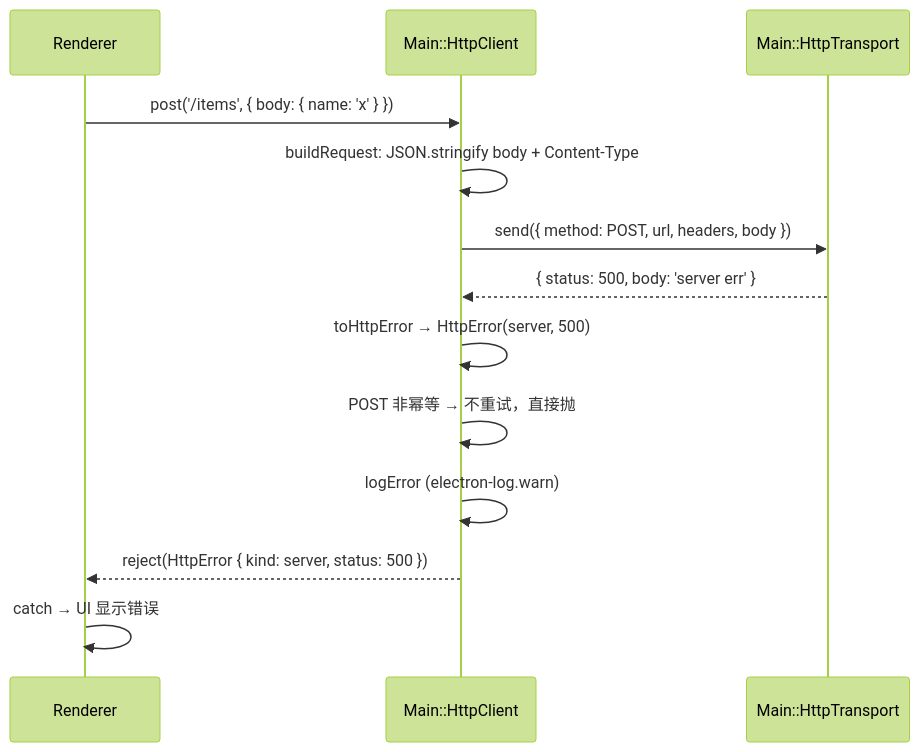
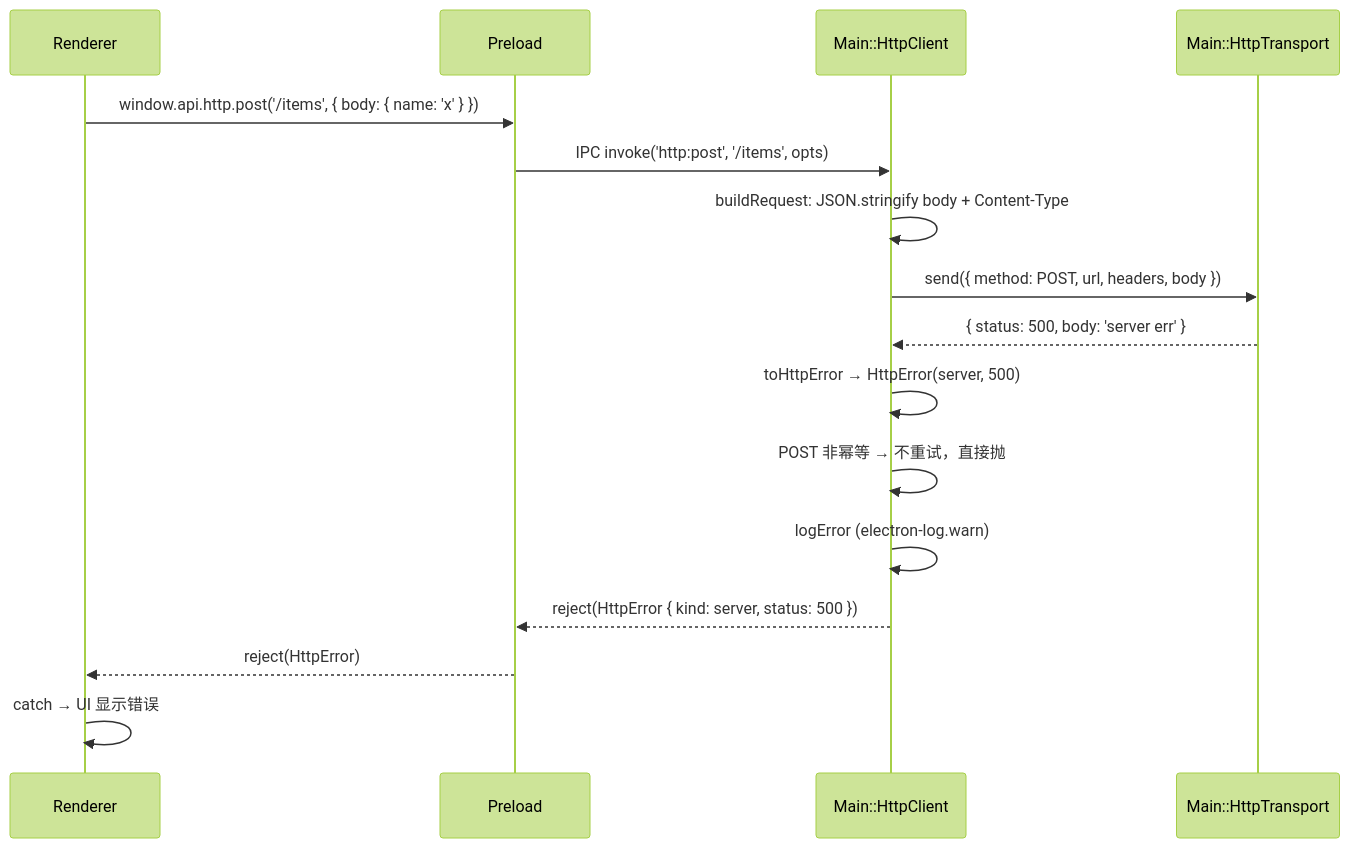
Before and after one commit to lupnfer/vue_with_csdk: diagram 12 of 13 in docs/architecture-diagrams.md, drawn with Mermaid (forest theme). The commit also changed other lines of this file, not shown here.

First line of the commit message:
fix(docs): 所有时序图统一加 Preload 层

````diff
--- a/docs/architecture-diagrams.md
+++ b/docs/architecture-diagrams.md
@@ -588,16 +608,19 @@
 ```mermaid
 sequenceDiagram
     participant R as Renderer
+    participant P as Preload
     participant H as Main::HttpClient
     participant T as Main::HttpTransport
 
-    R->>H: post('/items', { body: { name: 'x' } })
+    R->>P: window.api.http.post('/items', { body: { name: 'x' } })
+    P->>H: IPC invoke('http:post', '/items', opts)
     H->>H: buildRequest: JSON.stringify body + Content-Type
     H->>T: send({ method: POST, url, headers, body })
     T-->>H: { status: 500, body: 'server err' }
     H->>H: toHttpError → HttpError(server, 500)
     H->>H: POST 非幂等 → 不重试，直接抛
     H->>H: logError (electron-log.warn)
-    H-->>R: reject(HttpError { kind: server, status: 500 })
+    H-->>P: reject(HttpError { kind: server, status: 500 })
+    P-->>R: reject(HttpError)
     R->>R: catch → UI 显示错误
 ```
````
